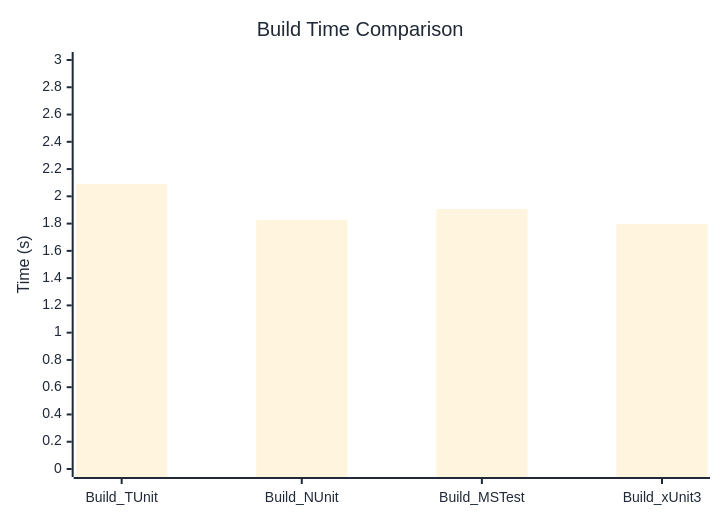
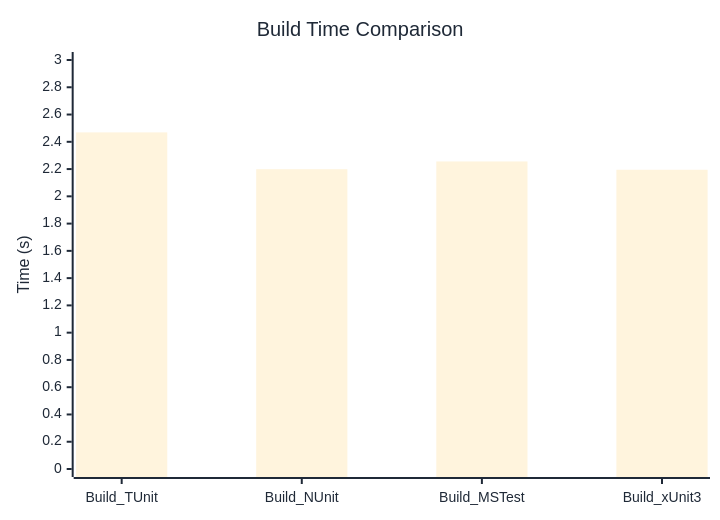
Before and after one commit to thomhurst/TUnit: the diagram in docs/docs/benchmarks/BuildTime.md, drawn with Mermaid. The commit also changed other lines of this file and 17 other files, not shown here.

````diff
--- a/docs/docs/benchmarks/BuildTime.md
+++ b/docs/docs/benchmarks/BuildTime.md
@@ -28,37 +28,37 @@
 ```mermaid
 %%{init: {
   'theme':'base',
   'themeVariables': {
     'primaryColor': '#2563eb',
     'primaryTextColor': '#1f2937',
     'primaryBorderColor': '#1e40af',
     'lineColor': '#6b7280',
     'secondaryColor': '#7c3aed',
     'tertiaryColor': '#dc2626',
     'background': '#ffffff',
     'mainBkg': '#2563eb',
     'secondBkg': '#7c3aed',
     'tertiaryBkg': '#dc2626',
     'clusterBkg': '#f3f4f6',
     'edgeLabelBackground': '#ffffff',
     'tertiaryTextColor': '#1f2937',
     'pie1': '#2563eb',
     'pie2': '#7c3aed',
     'pie3': '#dc2626',
     'pie4': '#f59e0b',
     'pie5': '#10b981',
     'pie6': '#06b6d4',
     'pie7': '#ec4899',
     'pie8': '#6366f1',
     'pie9': '#84cc16',
     'pie10': '#f97316',
     'pie11': '#14b8a6',
     'pie12': '#a855f7'
   }
 }}%%
 xychart-beta
   title "Build Time Comparison"
   x-axis ["Build_TUnit", "Build_NUnit", "Build_MSTest", "Build_xUnit3"]
   y-axis "Time (s)" 0 --> 3
-  bar [2.091, 1.826, 1.907, 1.797]
+  bar [2.469, 2.199, 2.256, 2.195]
 ```
````
